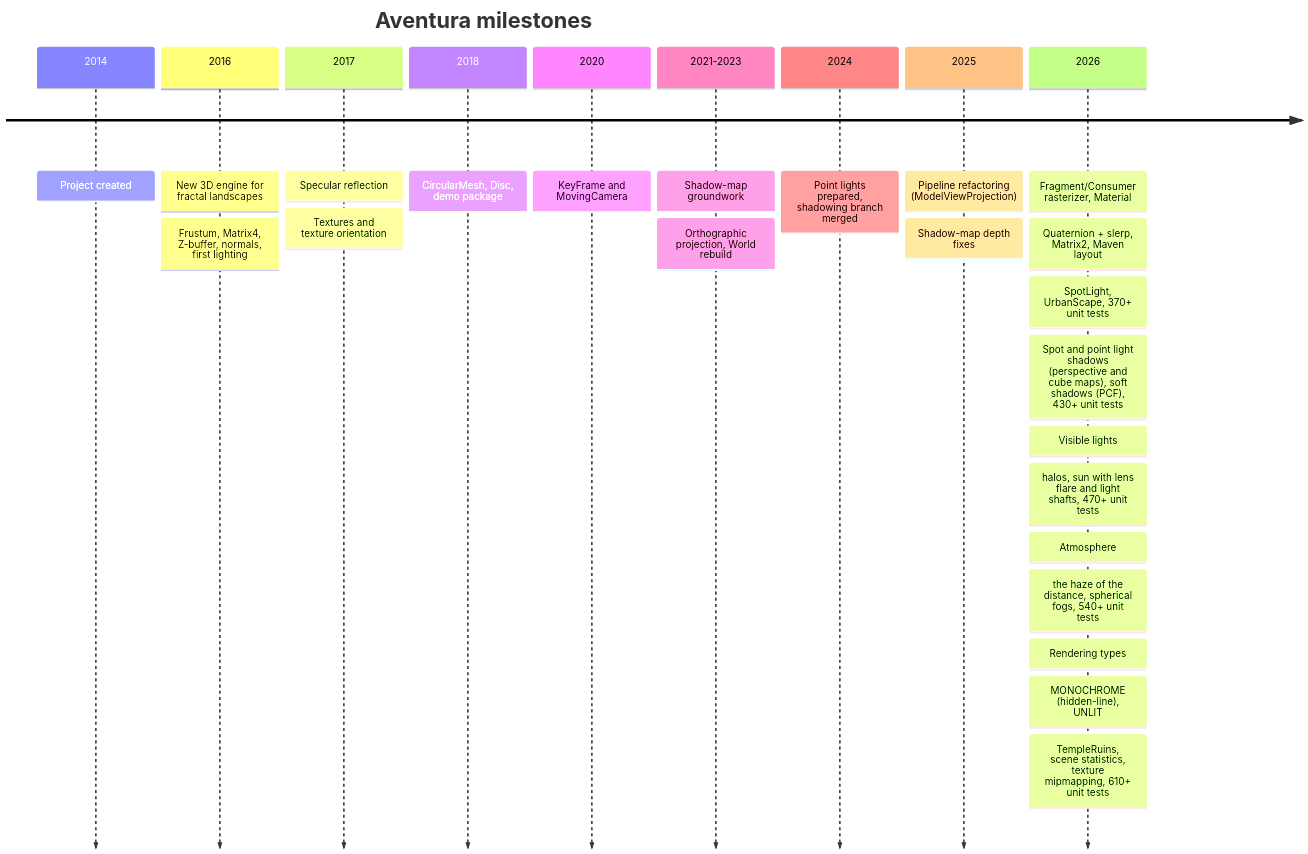
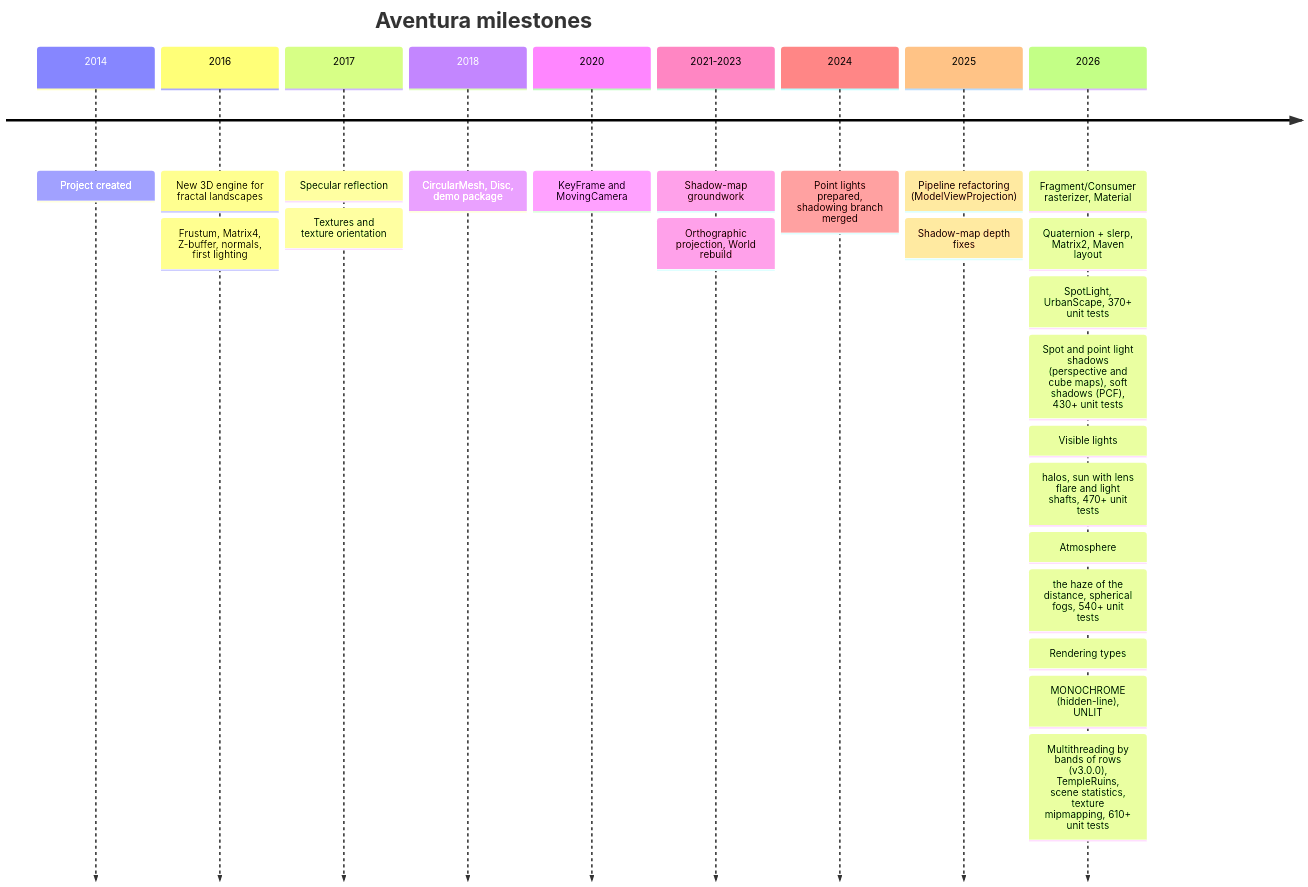
One commit to obarry/Aventura changed diagram 23 of 25 in docs/DESIGN.md. Above: the diagram before and after it, drawn with Mermaid. The commit also changed other lines of this file and 8 other files, not shown here.

````diff
--- a/docs/DESIGN.md
+++ b/docs/DESIGN.md
@@ -1077,24 +1341,24 @@
 ```mermaid
 timeline
     title Aventura milestones
     2014 : Project created
     2016 : New 3D engine for fractal landscapes
          : Frustum, Matrix4, Z-buffer, normals, first lighting
     2017 : Specular reflection
          : Textures and texture orientation
     2018 : CircularMesh, Disc, demo package
     2020 : KeyFrame and MovingCamera
     2021-2023 : Shadow-map groundwork
               : Orthographic projection, World rebuild
     2024 : Point lights prepared, shadowing branch merged
     2025 : Pipeline refactoring (ModelViewProjection)
          : Shadow-map depth fixes
     2026 : Fragment/Consumer rasterizer, Material
          : Quaternion + slerp, Matrix2, Maven layout
          : SpotLight, UrbanScape, 370+ unit tests
          : Spot and point light shadows (perspective and cube maps), soft shadows (PCF), 430+ unit tests
          : Visible lights: halos, sun with lens flare and light shafts, 470+ unit tests
          : Atmosphere: the haze of the distance, spherical fogs, 540+ unit tests
          : Rendering types: MONOCHROME (hidden-line), UNLIT
-         : TempleRuins, scene statistics, texture mipmapping, 610+ unit tests
+         : Multithreading by bands of rows (v3.0.0), TempleRuins, scene statistics, texture mipmapping, 610+ unit tests
 ```
````
